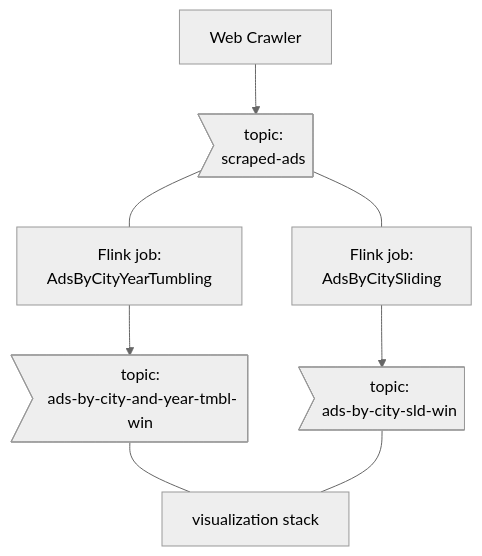
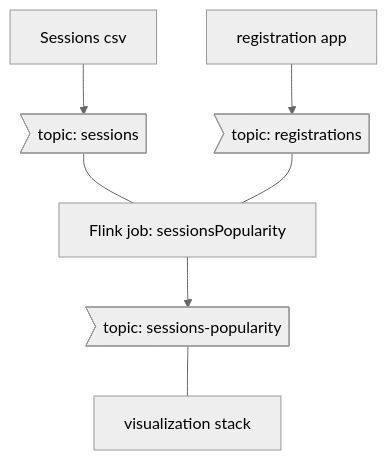
The diagram in README.md (Efrat19/techgym-stream-processing-demo), drawn with Mermaid (neutral theme) before and after one commit. The commit also changed other lines of this file and 44 other files, not shown here.

````diff
--- a/README.md
+++ b/README.md
@@ -24,10 +24,9 @@
 ```mermaid
 flowchart TB
-        ws[Web Crawler] --> tsa>topic:\n scraped-ads]
-        tsa --- fj1[Flink job:\n AdsByCityYearTumbling]
-        tsa --- fj2[Flink job:\n AdsByCitySliding]
-        fj1 --> abctw>topic:\n ads-by-city-and-year-tmbl-win]
-        fj2 --> abcsw>topic:\n ads-by-city-sld-win]
-        abctw --- g[visualization stack]
-        abcsw --- g
+        sc[Sessions csv] --> ts>topic: sessions]
+        ra[registration app] --> tr>topic: registrations]
+        ts --- sp[Flink job: sessionsPopularity]
+        tr --- sp[Flink job: sessionsPopularity]
+        sp --> spr>topic: sessions-popularity]
+        spr --- g[visualization stack]
 ```
````
